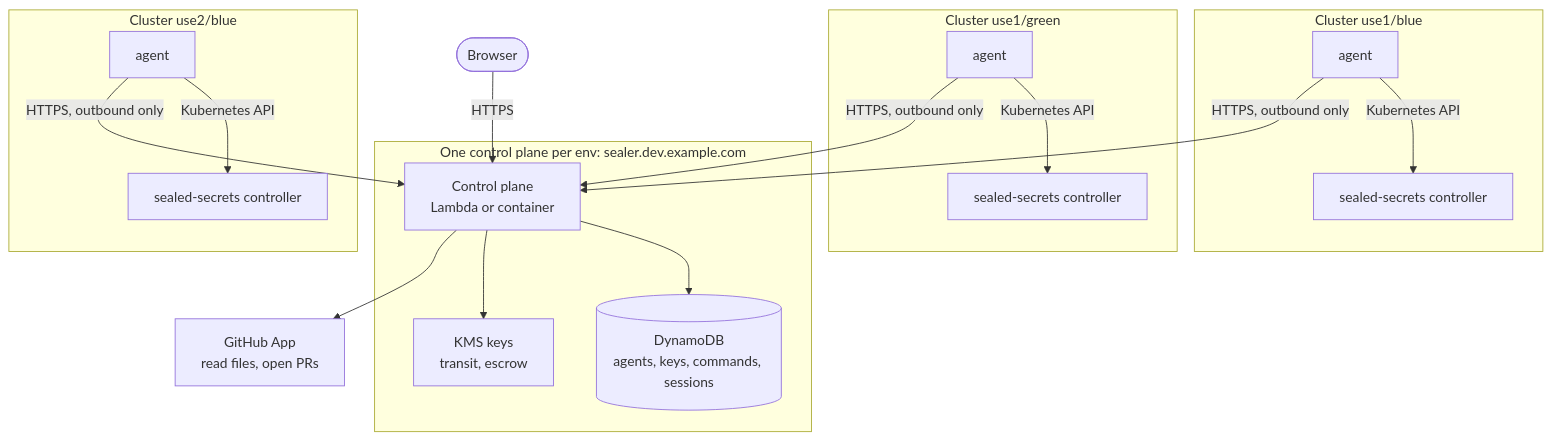
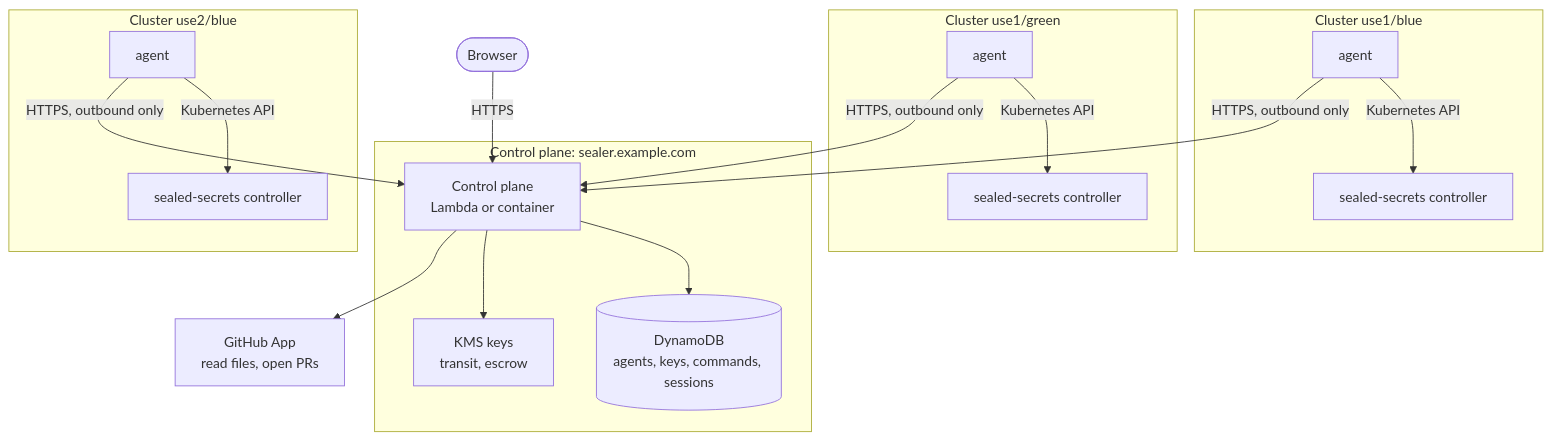
One commit to cruxstack/k8s-sealed-secrets-sealer changed the first of 2 diagrams in README.md. Above: the diagram before and after it, drawn with Mermaid. The commit also changed other lines of this file and 5 other files, not shown here.

````diff
--- a/README.md
+++ b/README.md
@@ -26,27 +26,27 @@
 ```mermaid
 flowchart TB
   user(["Browser"])
   github["GitHub App<br/>read files, open PRs"]
 
-  subgraph env["One control plane per env: sealer.dev.example.com"]
+  subgraph env["Control plane: sealer.example.com"]
     cp["Control plane<br/>Lambda or container"]
     ddb[("DynamoDB<br/>agents, keys, commands, sessions")]
     kms["KMS keys<br/>transit, escrow"]
   end
 
   subgraph c1["Cluster use1/blue"]
     a1["agent"] -->|Kubernetes API| s1["sealed-secrets controller"]
   end
   subgraph c2["Cluster use1/green"]
     a2["agent"] -->|Kubernetes API| s2["sealed-secrets controller"]
   end
   subgraph c3["Cluster use2/blue"]
     a3["agent"] -->|Kubernetes API| s3["sealed-secrets controller"]
   end
 
   user -->|HTTPS| cp
   cp --> ddb
   cp --> kms
   cp --> github
   a1 & a2 & a3 -->|"HTTPS, outbound only"| cp
 ```
````
